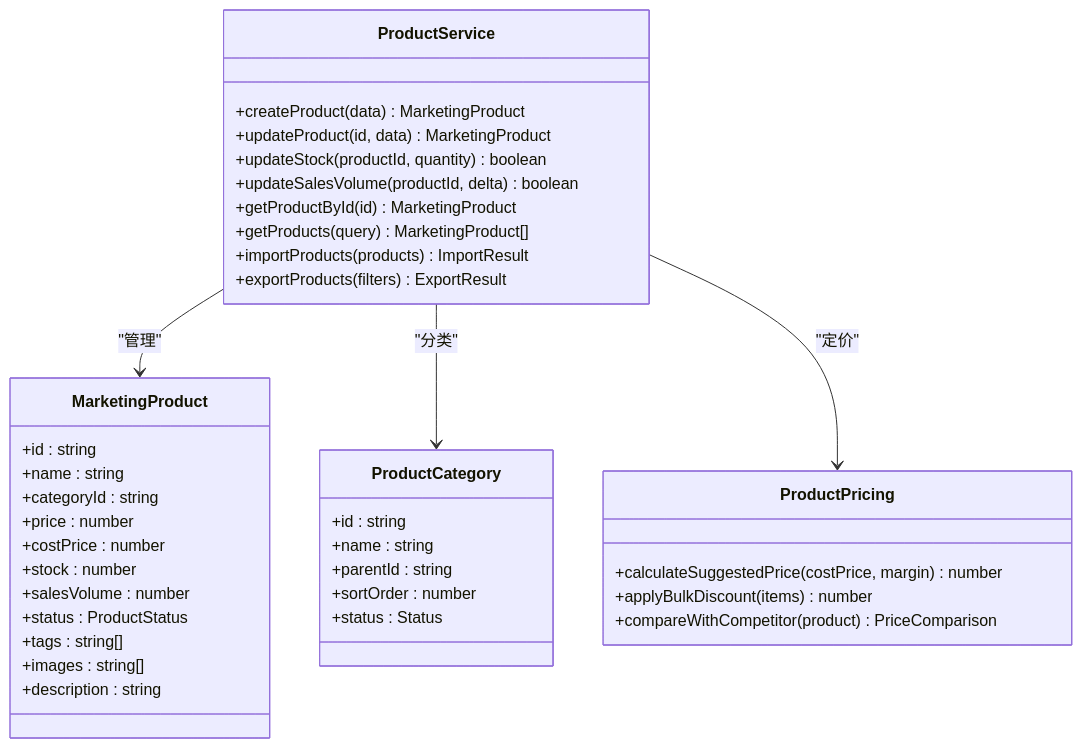
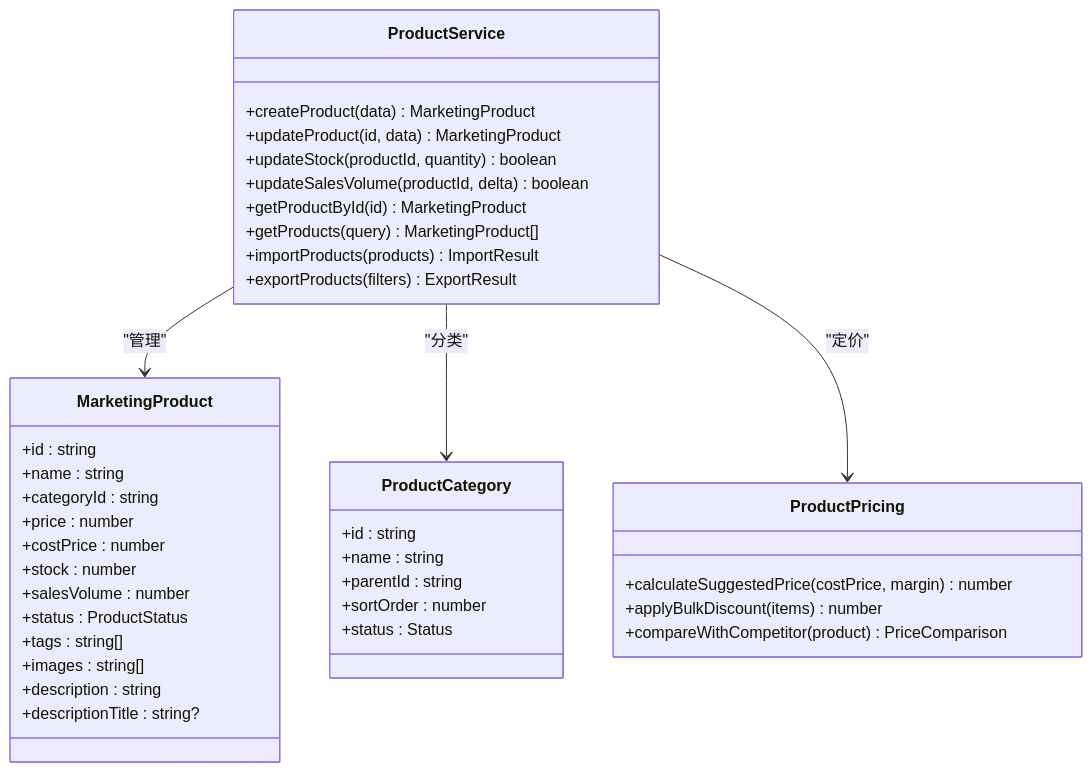
Before and after one commit to rc558620/purelyprofit-server: the seventh of 24 diagrams in .qoder/repowiki/zh/content/业务模块/营销推广模块/营销推广模块.md, drawn with Mermaid. The commit also changed other lines of this file and 19 other files, not shown here.

````diff
--- a/.qoder/repowiki/zh/content/业务模块/营销推广模块/营销推广模块.md
+++ b/.qoder/repowiki/zh/content/业务模块/营销推广模块/营销推广模块.md
@@ -369,41 +381,42 @@
 ```mermaid
 classDiagram
 class MarketingProduct {
 +id : string
 +name : string
 +categoryId : string
 +price : number
 +costPrice : number
 +stock : number
 +salesVolume : number
 +status : ProductStatus
 +tags : string[]
 +images : string[]
 +description : string
++descriptionTitle : string?
 }
 class ProductCategory {
 +id : string
 +name : string
 +parentId : string
 +sortOrder : number
 +status : Status
 }
 class ProductService {
 +createProduct(data) MarketingProduct
 +updateProduct(id, data) MarketingProduct
 +updateStock(productId, quantity) boolean
 +updateSalesVolume(productId, delta) boolean
 +getProductById(id) MarketingProduct
 +getProducts(query) MarketingProduct[]
 +importProducts(products) ImportResult
 +exportProducts(filters) ExportResult
 }
 class ProductPricing {
 +calculateSuggestedPrice(costPrice, margin) number
 +applyBulkDiscount(items) number
 +compareWithCompetitor(product) PriceComparison
 }
 ProductService --> MarketingProduct : "管理"
 ProductService --> ProductCategory : "分类"
 ProductService --> ProductPricing : "定价"
 ```
````
